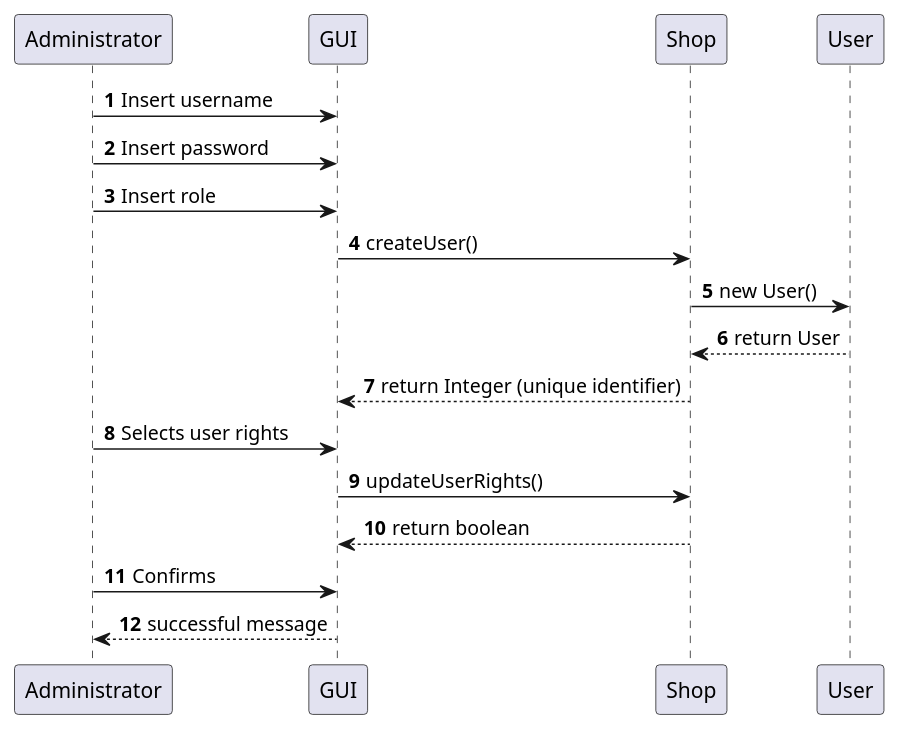
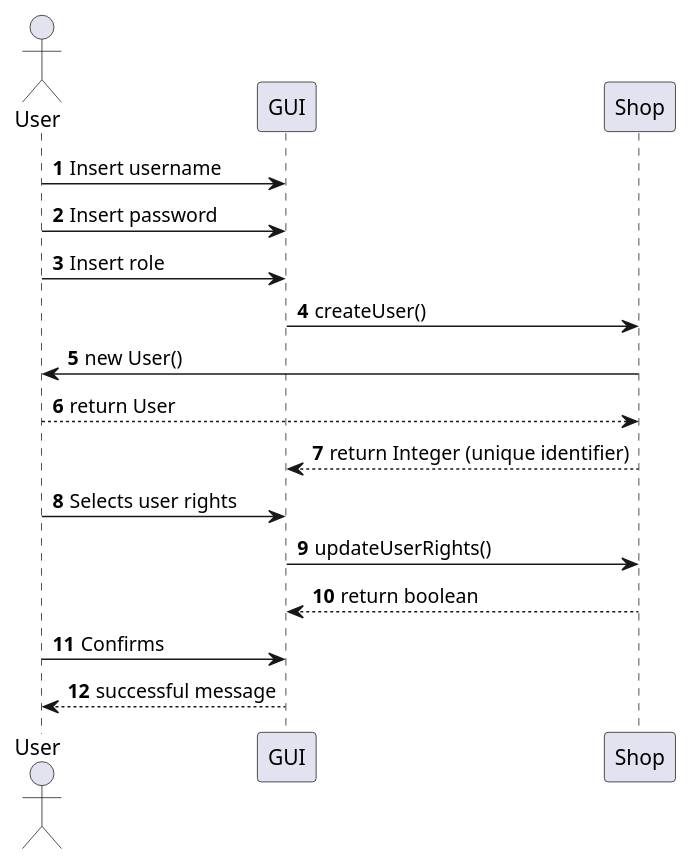
Before and after one commit to Stormz4/group20-EzShop: the sixth of 23 diagrams in Deliverables/DesignDocument.md, drawn with PlantUML. The commit also changed other lines of this file, not shown here.

Commit message:
Doc: User setted as actor in sequence diagrams.

````diff
--- a/Deliverables/DesignDocument.md
+++ b/Deliverables/DesignDocument.md
@@ -355,17 +357,18 @@
 ```plantuml
 @startuml
+Actor User
 autonumber
-Administrator -> GUI: Insert username
-Administrator -> GUI: Insert password
-Administrator -> GUI: Insert role
+User -> GUI: Insert username
+User -> GUI: Insert password
+User -> GUI: Insert role
 GUI -> Shop: createUser()
 Shop -> User: new User()
 User --> Shop: return User
 Shop --> GUI: return Integer (unique identifier)
-Administrator -> GUI: Selects user rights
+User -> GUI: Selects user rights
 GUI -> Shop: updateUserRights()
 Shop --> GUI: return boolean
-Administrator -> GUI: Confirms
-GUI --> Administrator: successful message
+User -> GUI: Confirms
+GUI --> User: successful message
 @enduml
 ```
````
